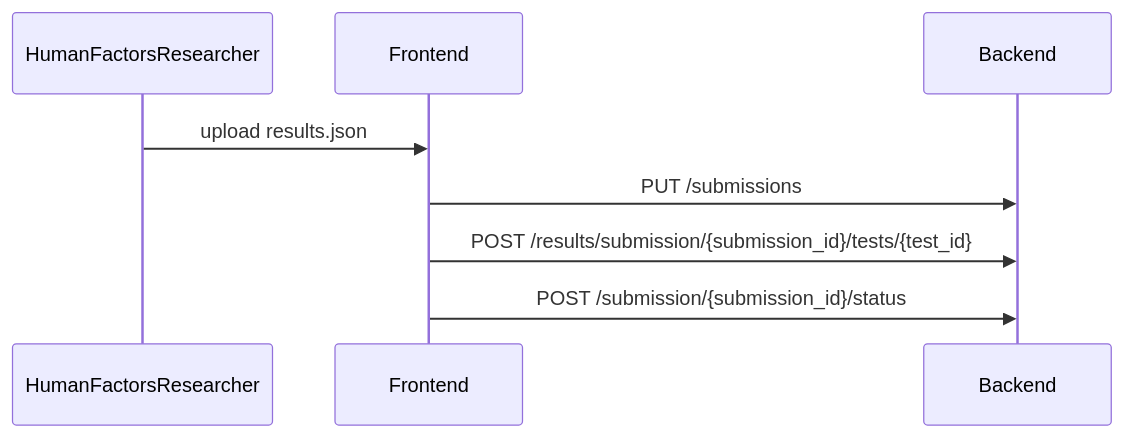
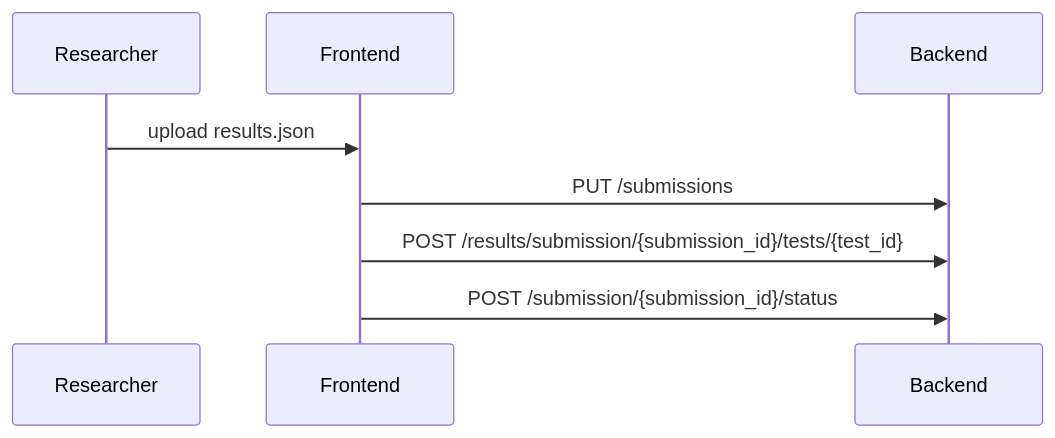
One commit to flatland-association/flatland-benchmarks changed diagram 14 of 14 in docs/ARCHITECTURE.md. Above: the diagram before and after it, drawn with Mermaid.

Commit message:
Cleanup sequence diagrams.

````diff
--- a/docs/ARCHITECTURE.md
+++ b/docs/ARCHITECTURE.md
@@ -1008,7 +1008,7 @@
 ```mermaid
 sequenceDiagram
-  HumanFactorsResearcher ->> Frontend: upload results.json
+  Researcher ->> Frontend: upload results.json
   Frontend ->> Backend: PUT /submissions
   Frontend ->> Backend: POST /results/submission/{submission_id}/tests/{test_id}
   Frontend ->> Backend: POST /submission/{submission_id}/status
 ```
````
